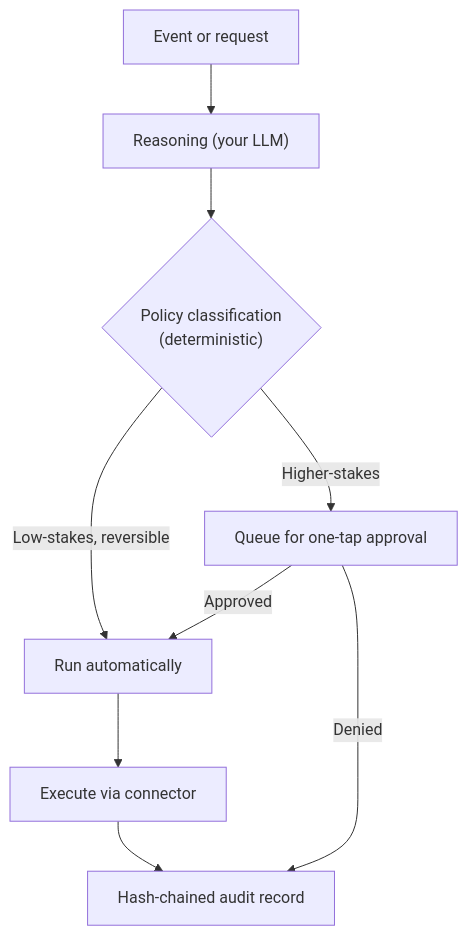
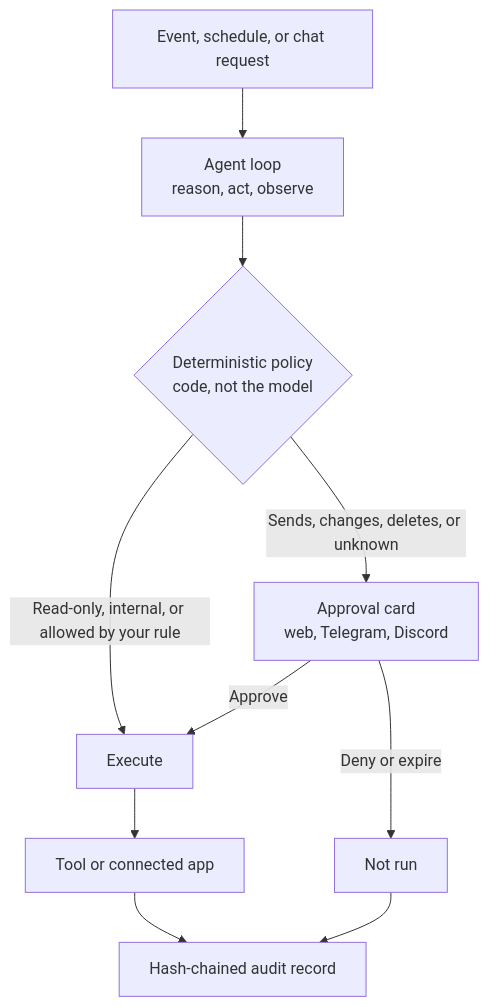
The first of 2 diagrams in README.md (Vedant-Git-dev/Aether), drawn with Mermaid before and after one commit. The commit also changed other lines of this file and 32 other files, not shown here.

````diff
--- a/README.md
+++ b/README.md
@@ -101,11 +68,12 @@
 ```mermaid
 flowchart TD
-    A["Event or request"] --> B["Reasoning (your LLM)"]
-    B --> C{"Policy classification<br/>(deterministic)"}
-    C -->|"Low-stakes, reversible"| D["Run automatically"]
-    C -->|"Higher-stakes"| E["Queue for one-tap approval"]
-    E -->|"Approved"| D
-    D --> F["Execute via connector"]
-    E -->|"Denied"| G
-    F --> G["Hash-chained audit record"]
+    A["Event, schedule, or chat request"] --> B["Agent loop<br/>reason, act, observe"]
+    B --> C{"Deterministic policy<br/>code, not the model"}
+    C -->|"Read-only, internal, or allowed by your rule"| D["Execute"]
+    C -->|"Sends, changes, deletes, or unknown"| E["Approval card<br/>web, Telegram, Discord"]
+    E -->|"Approve"| D
+    E -->|"Deny or expire"| F["Not run"]
+    D --> G["Tool or connected app"]
+    G --> H["Hash-chained audit record"]
+    F --> H
 ```
````
